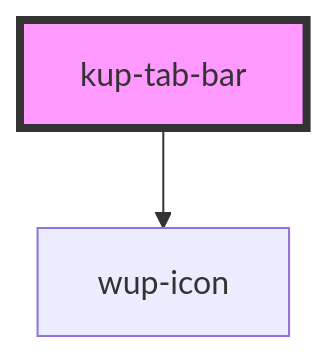
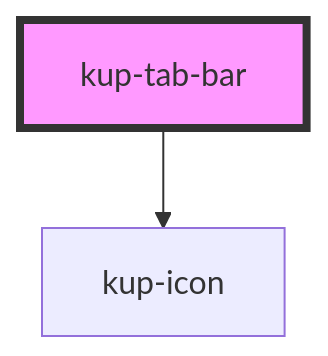
Before and after one commit to smeup/ketchup: the diagram in packages/ketchup/src/components/kup-tab-bar/readme.md, drawn with Mermaid. The commit also changed other lines of this file and 60 other files, not shown here.

Commit message:
wup icon > kup icon. Fixes to showcase. Regen of readme files.

````diff
--- a/packages/ketchup/src/components/kup-tab-bar/readme.md
+++ b/packages/ketchup/src/components/kup-tab-bar/readme.md
@@ -30,5 +30,5 @@
 ```mermaid
 graph TD;
-  kup-tab-bar --> wup-icon
+  kup-tab-bar --> kup-icon
   style kup-tab-bar fill:#f9f,stroke:#333,stroke-width:4px
 ```
````
